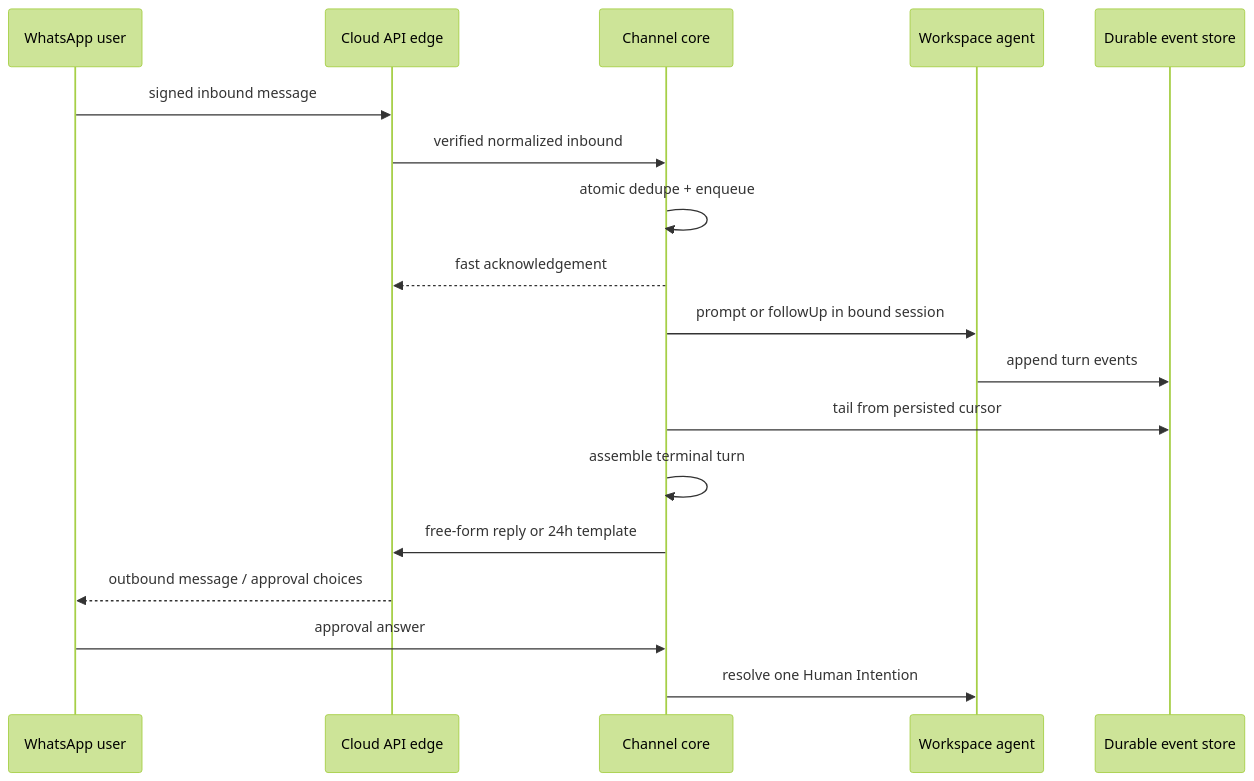
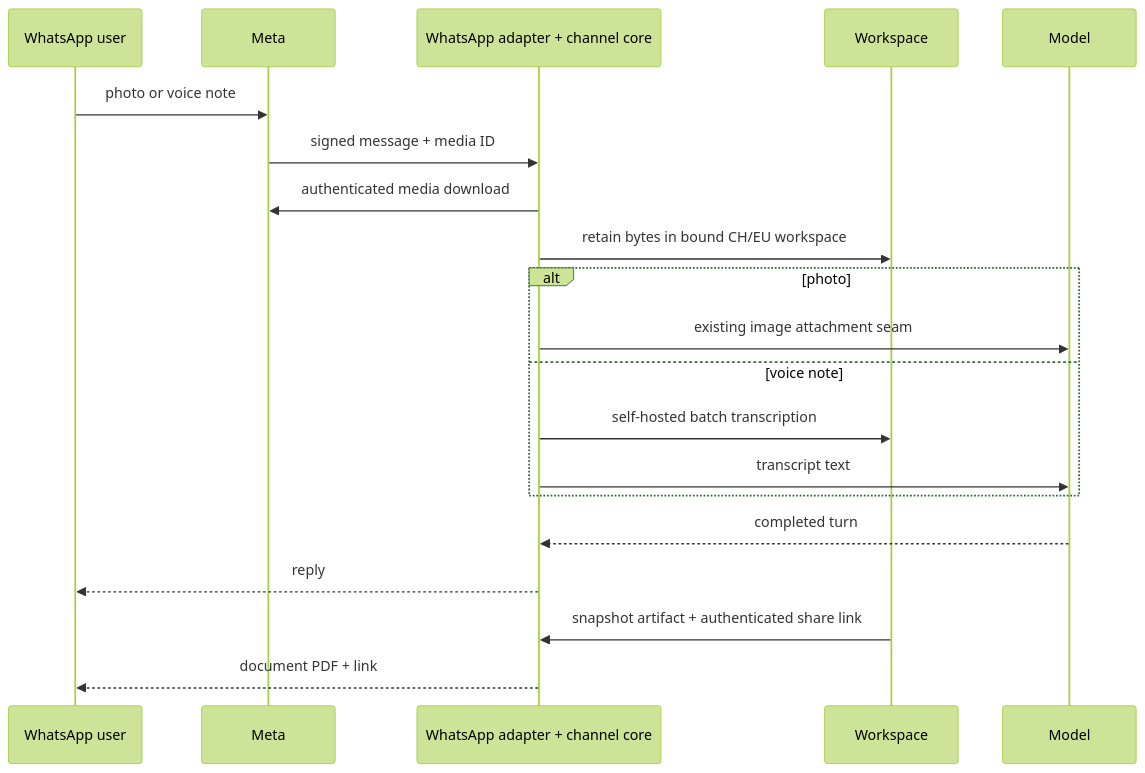
The diagram in docs/issues/1127/show-me-plan.md (hachej/boring-ui), drawn with Mermaid (forest theme) before and after one commit. The commit also changed other lines of this file and 2 other files, not shown here.

Commit message:
[WhatsApp Slices 4 and 5] Record delivery plan and task state (br-epic-whatsapp-channel-1ve3.5)

````diff
--- a/docs/issues/1127/show-me-plan.md
+++ b/docs/issues/1127/show-me-plan.md
@@ -25,21 +22,22 @@
 ```mermaid
 sequenceDiagram
     participant Person as WhatsApp user
-    participant Edge as Cloud API edge
-    participant Core as Channel core
-    participant Agent as Workspace agent
-    participant Store as Durable event store
-
-    Person->>Edge: signed inbound message
-    Edge->>Core: verified normalized inbound
-    Core->>Core: atomic dedupe + enqueue
-    Core-->>Edge: fast acknowledgement
-    Core->>Agent: prompt or followUp in bound session
-    Agent->>Store: append turn events
-    Core->>Store: tail from persisted cursor
-    Core->>Core: assemble terminal turn
-    Core->>Edge: free-form reply or 24h template
-    Edge-->>Person: outbound message / approval choices
-    Person->>Core: approval answer
-    Core->>Agent: resolve one Human Intention
+    participant Meta
+    participant Channel as WhatsApp adapter + channel core
+    participant Workspace
+    participant Model
+    Person->>Meta: photo or voice note
+    Meta->>Channel: signed message + media ID
+    Channel->>Meta: authenticated media download
+    Channel->>Workspace: retain bytes in bound CH/EU workspace
+    alt photo
+      Channel->>Model: existing image attachment seam
+    else voice note
+      Channel->>Workspace: self-hosted batch transcription
+      Channel->>Model: transcript text
+    end
+    Model-->>Channel: completed turn
+    Channel-->>Person: reply
+    Workspace->>Channel: snapshot artifact + authenticated share link
+    Channel-->>Person: document PDF + link
 ```
````
